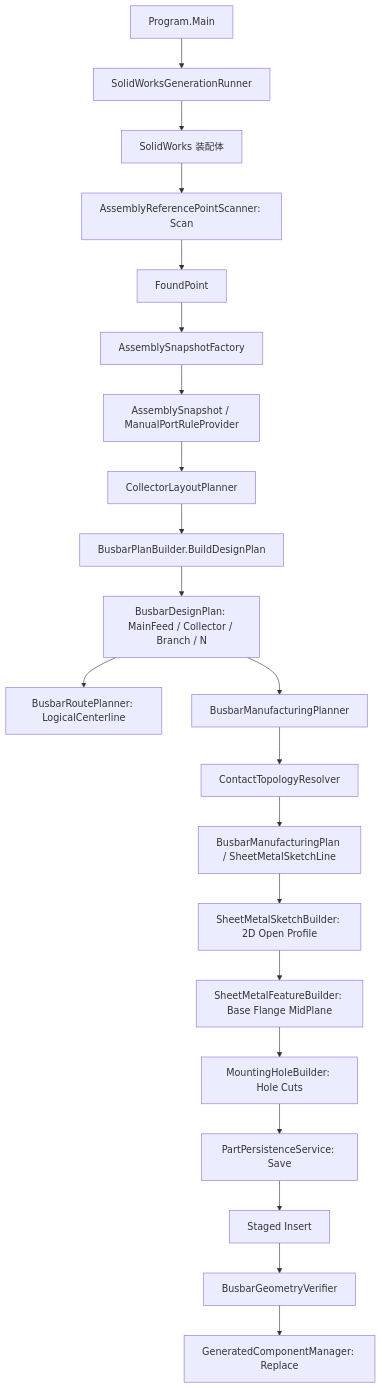
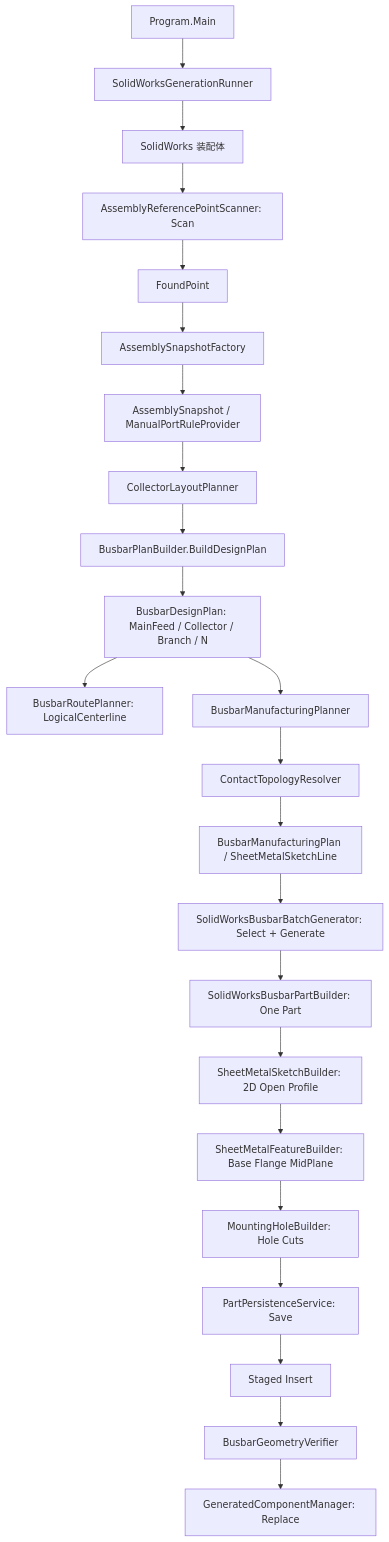
The diagram in BusinessFlow.md (Tleide/solidworks-busbar-automation), drawn with Mermaid before and after one commit. The commit also changed other lines of this file and 14 other files, not shown here.

Commit message:
split batch generation from busbar part builder

````diff
--- a/BusinessFlow.md
+++ b/BusinessFlow.md
@@ -60,23 +64,25 @@
 ```mermaid
 flowchart TD
     A["Program.Main"] --> B["SolidWorksGenerationRunner"]
     B --> C["SolidWorks 装配体"]
     C --> D["AssemblyReferencePointScanner: Scan"]
     D --> E["FoundPoint"]
     E --> F["AssemblySnapshotFactory"]
     F --> G["AssemblySnapshot / ManualPortRuleProvider"]
     G --> H["CollectorLayoutPlanner"]
     H --> I["BusbarPlanBuilder.BuildDesignPlan"]
     I --> J["BusbarDesignPlan: MainFeed / Collector / Branch / N"]
     J --> K["BusbarRoutePlanner: LogicalCenterline"]
     J --> L["BusbarManufacturingPlanner"]
     L --> M["ContactTopologyResolver"]
     M --> N["BusbarManufacturingPlan / SheetMetalSketchLine"]
-    N --> O["SheetMetalSketchBuilder: 2D Open Profile"]
-    O --> P["SheetMetalFeatureBuilder: Base Flange MidPlane"]
+    N --> O["SolidWorksBusbarBatchGenerator: Select + Generate"]
+    O --> P0["SolidWorksBusbarPartBuilder: One Part"]
+    P0 --> P1["SheetMetalSketchBuilder: 2D Open Profile"]
+    P1 --> P["SheetMetalFeatureBuilder: Base Flange MidPlane"]
     P --> Q["MountingHoleBuilder: Hole Cuts"]
     Q --> R["PartPersistenceService: Save"]
     R --> S["Staged Insert"]
     S --> T["BusbarGeometryVerifier"]
     T --> U["GeneratedComponentManager: Replace"]
 ```
````
